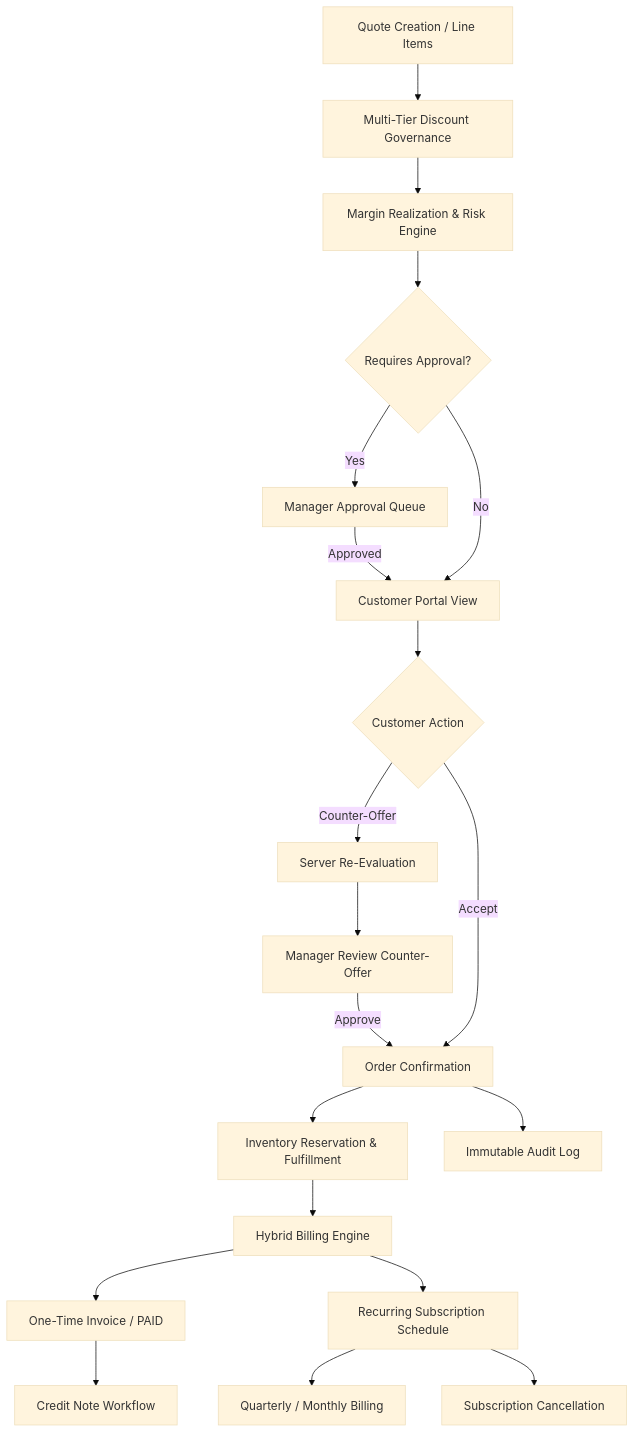
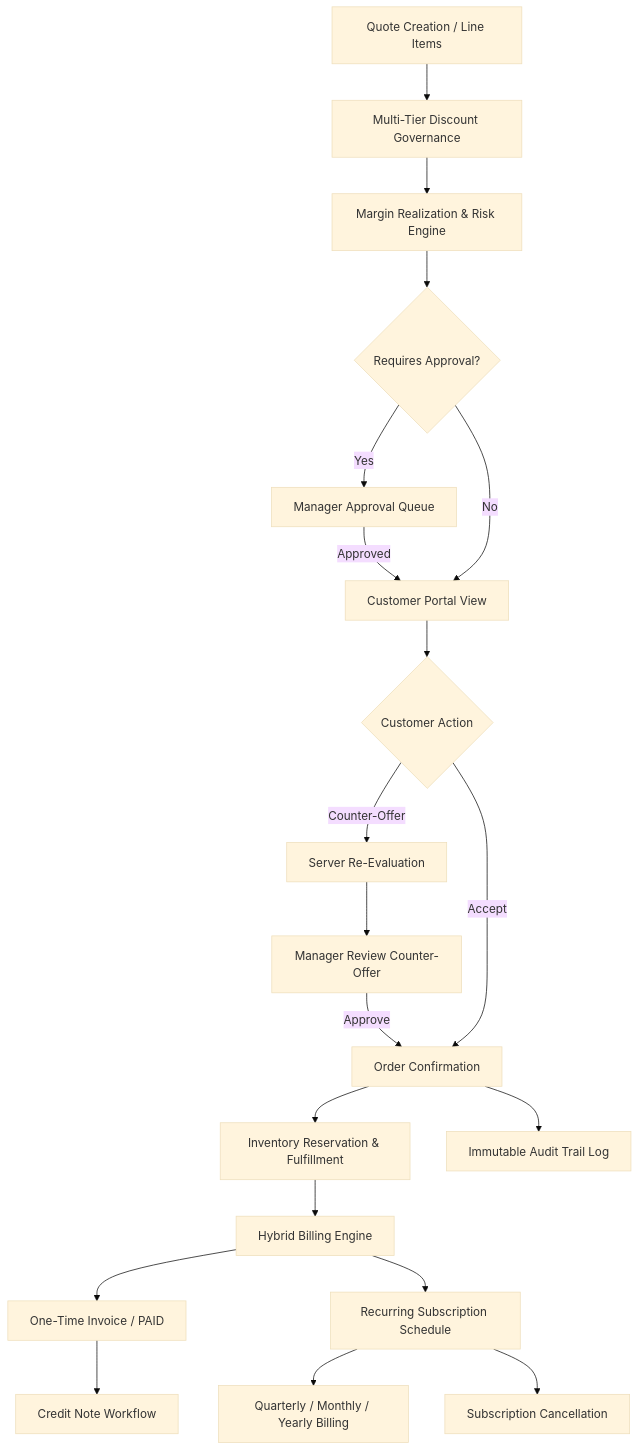
One commit to abdul05kh/DealFlow360 changed the first of 2 diagrams in README.md. Above: the diagram before and after it, drawn with Mermaid (base theme). The commit also changed other lines of this file, not shown here.

````diff
--- a/README.md
+++ b/README.md
@@ -54,22 +79,22 @@
 ```mermaid
 flowchart TD
     A[Quote Creation / Line Items] --> B[Multi-Tier Discount Governance]
     B --> C[Margin Realization & Risk Engine]
     C --> D{Requires Approval?}
     D -- Yes --> E[Manager Approval Queue]
     E -- Approved --> F[Customer Portal View]
     D -- No --> F
     F --> G{Customer Action}
     G -- Counter-Offer --> H[Server Re-Evaluation]
     H --> I[Manager Review Counter-Offer]
     I -- Approve --> J[Order Confirmation]
     G -- Accept --> J
     J --> K[Inventory Reservation & Fulfillment]
     K --> L[Hybrid Billing Engine]
     L --> M[One-Time Invoice / PAID]
     L --> N[Recurring Subscription Schedule]
-    N --> O[Quarterly / Monthly Billing]
+    N --> O[Quarterly / Monthly / Yearly Billing]
     M --> P[Credit Note Workflow]
     N --> Q[Subscription Cancellation]
-    J --> R[Immutable Audit Log]
+    J --> R[Immutable Audit Trail Log]
 ```
````
